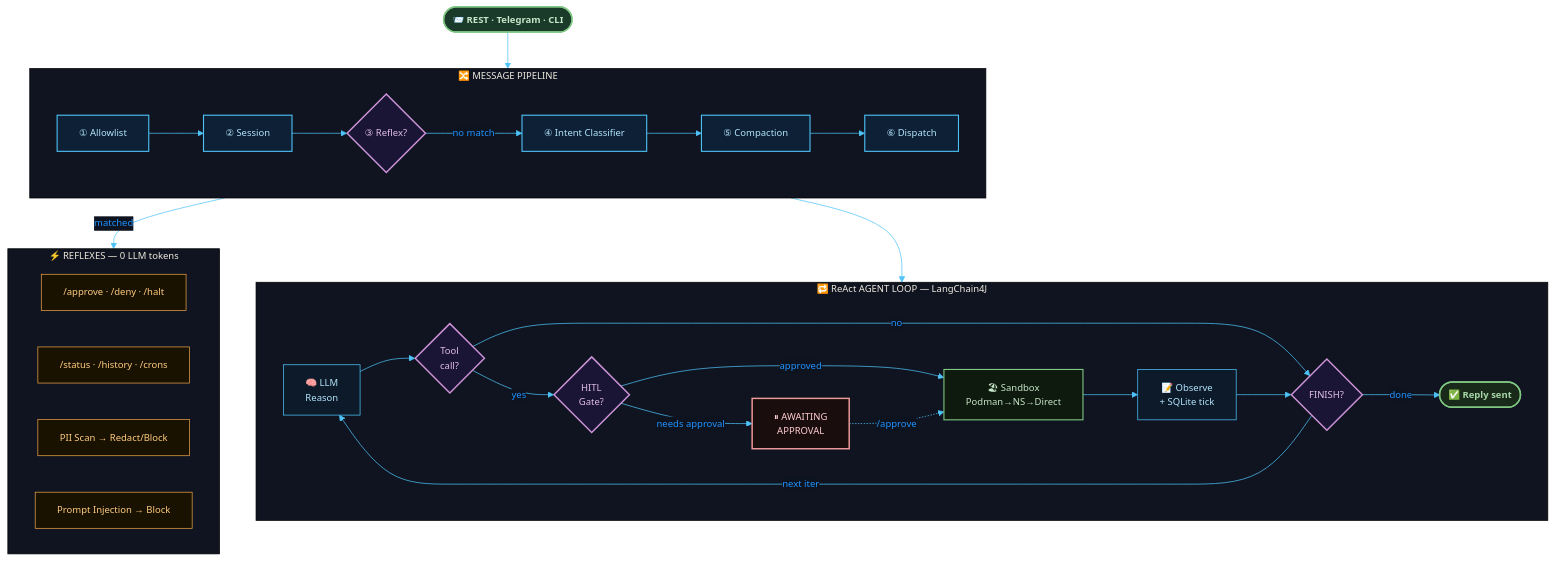
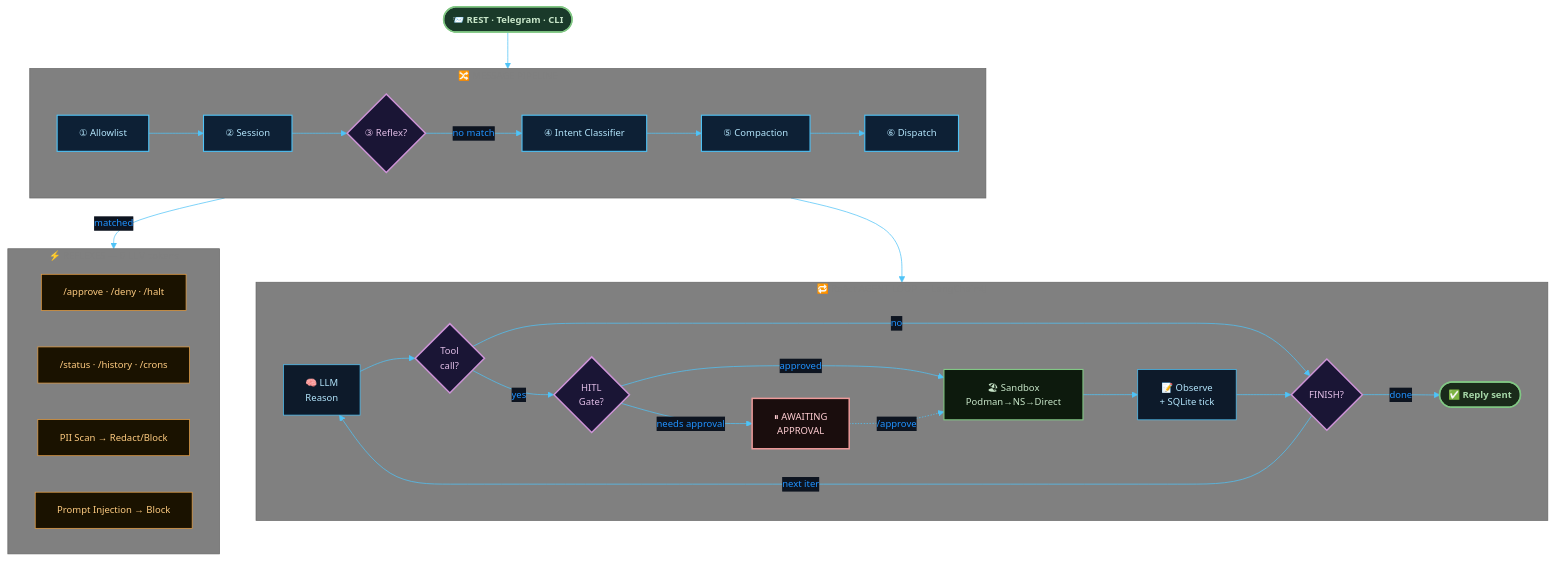
The first of 8 diagrams in README.md (rsrini7/AmshaAgent), drawn with Mermaid before and after one commit. The commit also changed other lines of this file, not shown here.

````diff
--- a/README.md
+++ b/README.md
@@ -68,60 +68,60 @@
 ```mermaid
-%%{init: {'theme': 'base', 'themeVariables': {'background': '#09a420', 'mainBkg': '#09a420', 'primaryColor': '#1e3a5f', 'primaryTextColor': '#2092ff', 'primaryBorderColor': '#4fc3f7', 'lineColor': '#4fc3f7', 'secondaryColor': '#122030', 'tertiaryColor': '#0f1420', 'activationBorderColor': '#4fc3f7', 'activationBkgColor': '#1e3a5f', 'actorBkg': '#1e3a5f', 'actorBorder': '#4fc3f7', 'actorTextColor': '#e0ecff', 'actorLineColor': '#4fc3f7', 'signalColor': '#e8a045', 'signalTextColor': '#e8a045', 'labelBoxBkgColor': '#09a420', 'labelBoxBorderColor': '#0b0c0cff', 'labelTextColor': '#e0ecff', 'loopTextColor': '#e0ecff', 'noteBkgColor': '#1a2a0d', 'noteBorderColor': '#81c784', 'noteTextColor': '#c8e6c9', 'edgeLabelBackground': '#0d1420', 'fontSize': '13px'}}}%%
+%%{init: {'theme': 'base', 'themeVariables': {'background': '#09a420', 'mainBkg': '#09a420', 'primaryColor': '#1e3a5f', 'primaryTextColor': '#2092ff', 'primaryBorderColor': '#4fc3f7', 'lineColor': '#4fc3f7', 'secondaryColor': '#122030', 'tertiaryColor': '#808080', 'activationBorderColor': '#4fc3f7', 'activationBkgColor': '#1e3a5f', 'actorBkg': '#1e3a5f', 'actorBorder': '#4fc3f7', 'actorTextColor': '#e0ecff', 'actorLineColor': '#4fc3f7', 'signalColor': '#e8a045', 'signalTextColor': '#e8a045', 'labelBoxBkgColor': '#09a420', 'labelBoxBorderColor': '#0b0c0cff', 'labelTextColor': '#e0ecff', 'loopTextColor': '#e0ecff', 'noteBkgColor': '#1a2a0d', 'noteBorderColor': '#81c784', 'noteTextColor': '#c8e6c9', 'edgeLabelBackground': '#0d1420', 'fontSize': '13px'}}}%%
 flowchart TD
     classDef entry fill:#1a3a2a,stroke:#81c784,stroke-width:2px,color:#c8e6c9,font-weight:bold
     classDef handler fill:#0d2035,stroke:#4fc3f7,stroke-width:1.5px,color:#b3e5fc
     classDef reflexOut fill:#1a1200,stroke:#e8a045,stroke-width:1px,color:#ffcc80
     classDef decision fill:#1a1535,stroke:#ce93d8,stroke-width:2px,color:#e1bee7
     classDef loop fill:#0d1a2a,stroke:#4fc3f7,stroke-width:1px,color:#b3e5fc
     classDef approval fill:#1a0d0d,stroke:#ef9a9a,stroke-width:2px,color:#ffcdd2
     classDef sandbox fill:#0d1a0d,stroke:#81c784,stroke-width:1.5px,color:#c8e6c9
     classDef result fill:#1a2a1a,stroke:#81c784,stroke-width:2px,color:#a5d6a7,font-weight:bold
 
     IN(["📨 REST · Telegram · CLI"]):::entry
 
     subgraph PIPELINE["🔀 MESSAGE PIPELINE"]
         direction LR
         P1["① Allowlist"]:::handler
         P2["② Session"]:::handler
         P3{"③ Reflex?"}:::decision
         P4["④ Intent Classifier"]:::handler
         P5["⑤ Compaction"]:::handler
         P6["⑥ Dispatch"]:::handler
     end
 
     subgraph REFLEXES["⚡ REFLEXES — 0 LLM tokens"]
         direction LR
         R1["/approve · /deny · /halt"]:::reflexOut
         R2["/status · /history · /crons"]:::reflexOut
         R3["PII Scan → Redact/Block"]:::reflexOut
         R4["Prompt Injection → Block"]:::reflexOut
     end
 
     subgraph REACT["🔁 ReAct AGENT LOOP — LangChain4J"]
         direction LR
         L1["🧠 LLM<br/>Reason"]:::loop
         L2{"Tool<br/>call?"}:::decision
         L3{"HITL<br/>Gate?"}:::decision
         L4["⏸ AWAITING<br/>APPROVAL"]:::approval
         L5["🏖 Sandbox<br/>Podman→NS→Direct"]:::sandbox
         L6["📝 Observe<br/>+ SQLite tick"]:::loop
         L7{"FINISH?"}:::decision
         L8(["✅ Reply sent"]):::result
     end
 
     IN --> PIPELINE
     P1 --> P2 --> P3
     P3 -->|"matched"| REFLEXES
     P3 -->|"no match"| P4 --> P5 --> P6
 
     P6 --> REACT
     L1 --> L2
     L2 -->|"no"| L7
     L2 -->|"yes"| L3
     L3 -->|"approved"| L5
     L3 -->|"needs approval"| L4
     L4 -.->|"/approve"| L5
     L5 --> L6 --> L7
     L7 -->|"next iter"| L1
     L7 -->|"done"| L8
 ```
````
